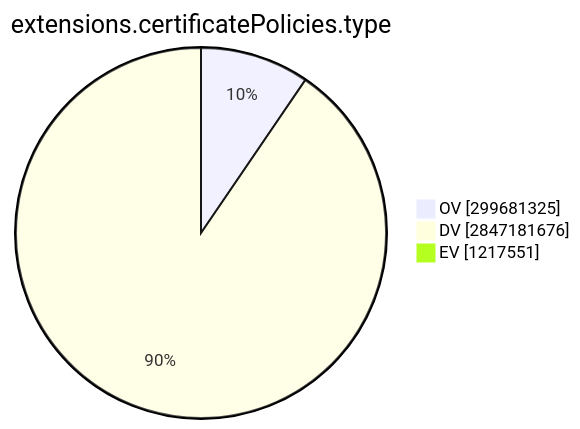
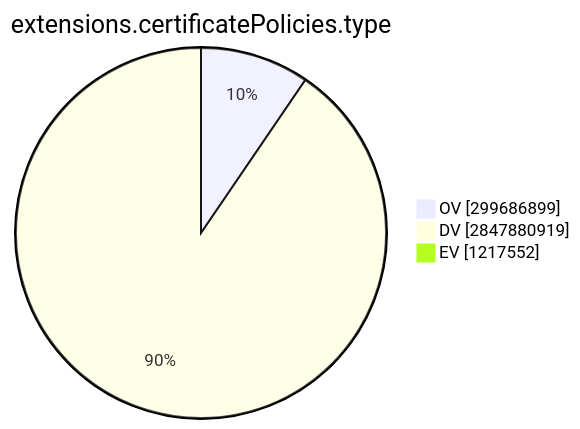
The ninth of 15 diagrams in TOTAL/README.md (christiankrug/ctmonitor_visualization), drawn with Mermaid before and after one commit. The commit also changed other lines of this file, not shown here.

````diff
--- a/TOTAL/README.md
+++ b/TOTAL/README.md
@@ -3101,7 +3101,7 @@
 ```mermaid
 pie showData
 title extensions.certificatePolicies.type
-"OV" :299681325
-"DV" :2847181676
-"EV" :1217551
+"OV" :299686899
+"DV" :2847880919
+"EV" :1217552
 ```
````
